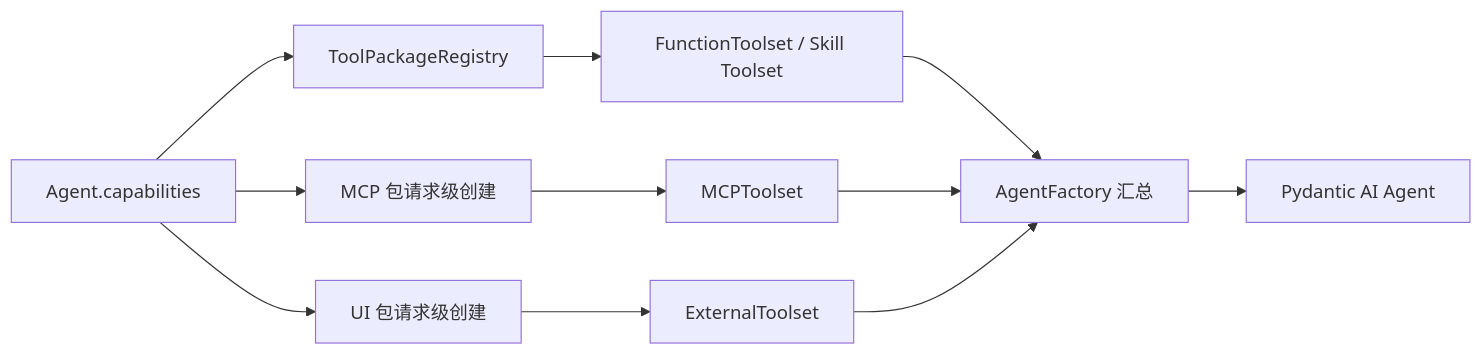
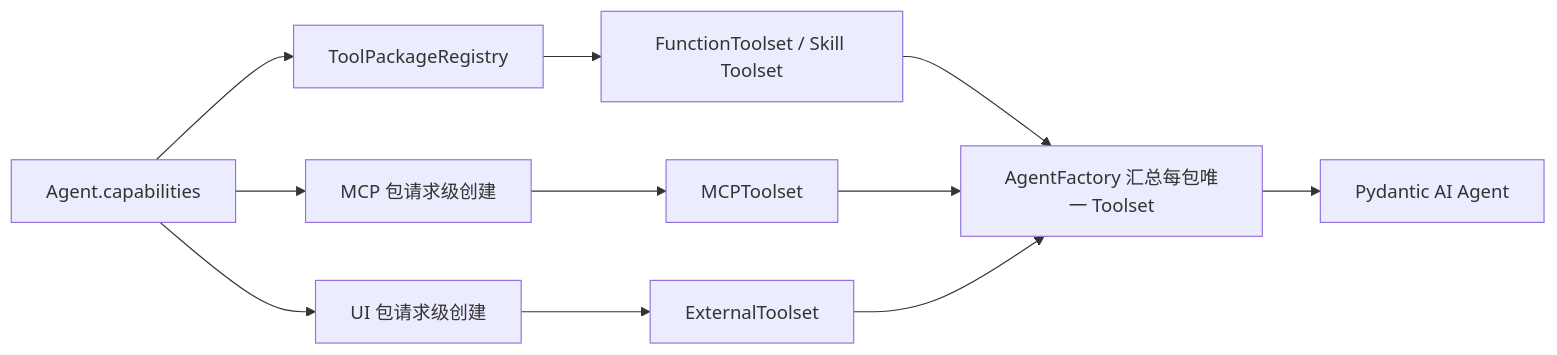
One commit to hxz1993/deep-agent changed the diagram in docs/design/11-tool-packages/tool-packages-design.md. Above: the diagram before and after it, drawn with Mermaid. The commit also changed other lines of this file and 41 other files, not shown here.

````diff
--- a/docs/design/11-tool-packages/tool-packages-design.md
+++ b/docs/design/11-tool-packages/tool-packages-design.md
@@ -106,13 +108,13 @@
 ```mermaid
 flowchart LR
     A["Agent.capabilities"] --> B["ToolPackageRegistry"]
     A --> C["MCP 包请求级创建"]
     A --> D["UI 包请求级创建"]
     B --> E["FunctionToolset / Skill Toolset"]
     C --> F["MCPToolset"]
     D --> G["ExternalToolset"]
-    E --> H["AgentFactory 汇总"]
+    E --> H["AgentFactory 汇总每包唯一 Toolset"]
     F --> H
     G --> H
     H --> I["Pydantic AI Agent"]
 ```
````
